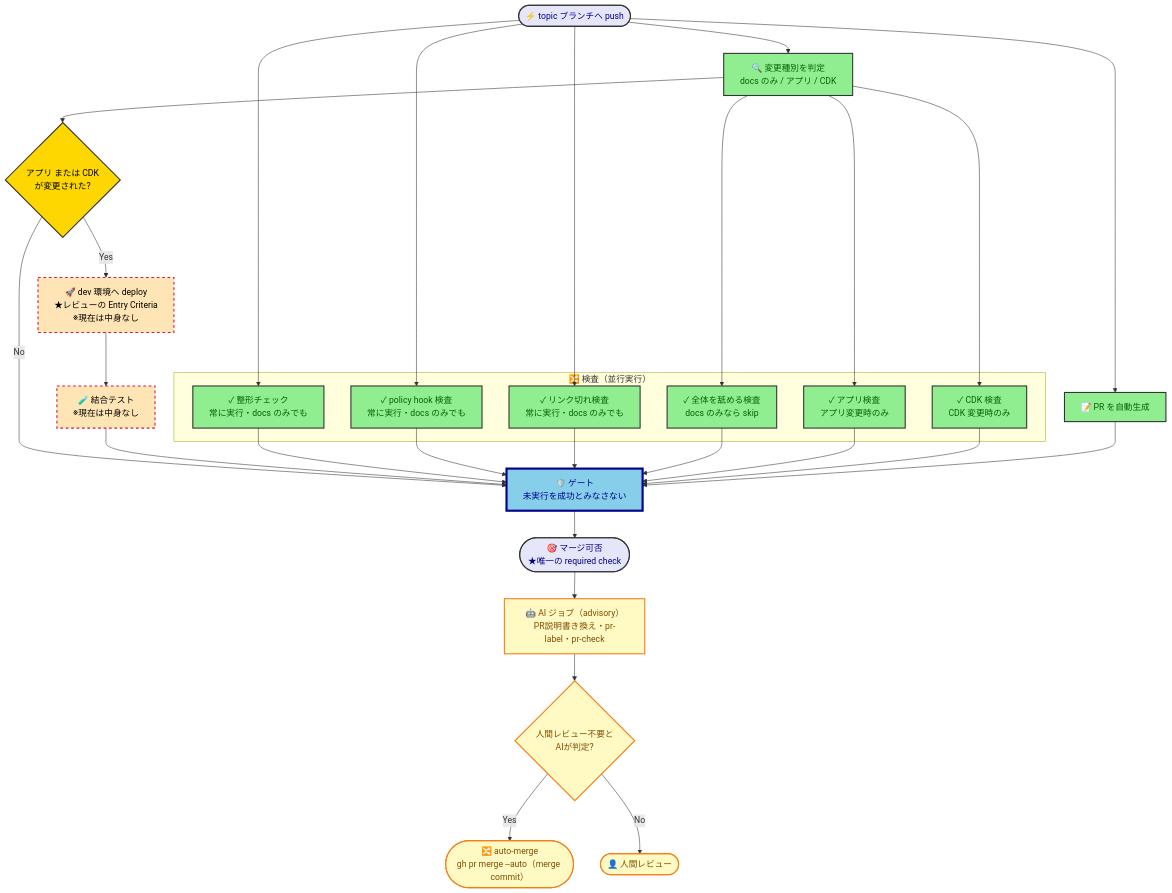
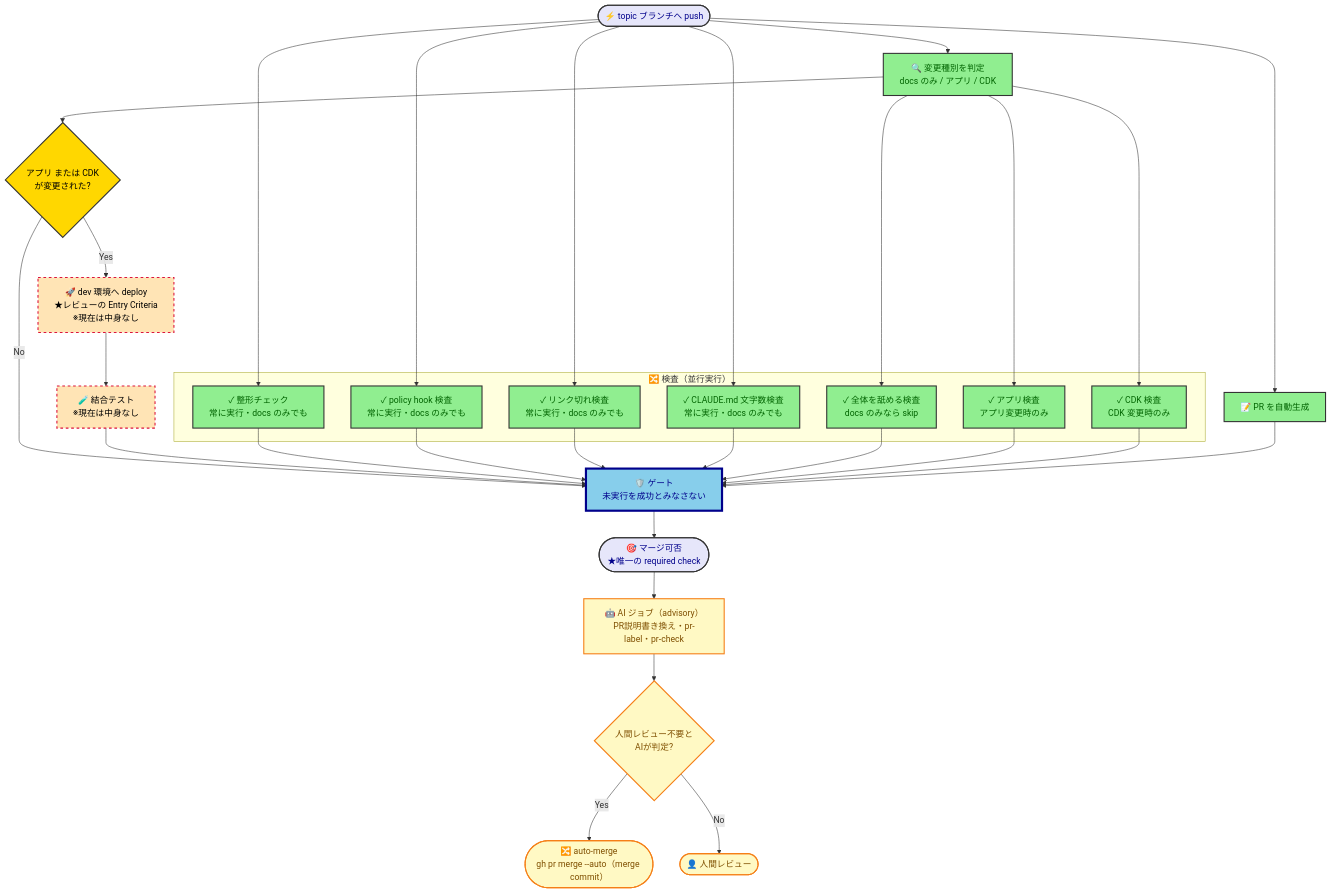
One commit to kasiopeiya/claude-dev-template changed the diagram in docs/design/cicd-design.md. Above: the diagram before and after it, drawn with Mermaid. The commit also changed other lines of this file and 6 other files, not shown here.

````diff
--- a/docs/design/cicd-design.md
+++ b/docs/design/cicd-design.md
@@ -22,60 +22,63 @@
 ```mermaid
 flowchart TD
     Push([⚡ topic ブランチへ push]) --> PR[📝 PR を自動生成]
     Push --> Detect[🔍 変更種別を判定<br/>docs のみ / アプリ / CDK]
     Push --> Format
     Push --> PolicyHook
     Push --> LinkCheck
+    Push --> ClaudeMdSize
 
     subgraph Checks["🔀 検査（並行実行）"]
         Format[✓ 整形チェック<br/>常に実行・docs のみでも]
         PolicyHook[✓ policy hook 検査<br/>常に実行・docs のみでも]
         LinkCheck[✓ リンク切れ検査<br/>常に実行・docs のみでも]
+        ClaudeMdSize[✓ CLAUDE.md 文字数検査<br/>常に実行・docs のみでも]
         Common[✓ 全体を舐める検査<br/>docs のみなら skip]
         App[✓ アプリ検査<br/>アプリ変更時のみ]
         Cdk[✓ CDK 検査<br/>CDK 変更時のみ]
     end
 
     Detect --> Common
     Detect --> App
     Detect --> Cdk
 
     Detect --> DeployCheck{アプリ または CDK<br/>が変更された?}
     Deploy["🚀 dev 環境へ deploy<br/>★レビューの Entry Criteria<br/>※現在は中身なし"]
     IT["🧪 結合テスト<br/>※現在は中身なし"]
     Gate["🛡️ ゲート<br/>未実行を成功とみなさない"]
 
     DeployCheck -->|No| Gate
     DeployCheck -->|Yes| Deploy
     Deploy --> IT
     IT --> Gate
 
     Format --> Gate
     PolicyHook --> Gate
     LinkCheck --> Gate
+    ClaudeMdSize --> Gate
     Common --> Gate
     App --> Gate
     Cdk --> Gate
     PR --> Gate
 
     Gate --> Merge([🎯 マージ可否<br/>★唯一の required check])
 
     Merge --> AiJob["🤖 AI ジョブ（advisory）<br/>PR説明書き換え・pr-label・pr-check"]
     AiJob --> AutoMergeCheck{人間レビュー不要と<br/>AIが判定?}
     AutoMergeCheck -->|Yes| AutoMerge(["🔀 auto-merge<br/>gh pr merge --auto（merge commit）"])
     AutoMergeCheck -->|No| HumanReview(["👤 人間レビュー"])
 
     classDef startEnd fill:#E6E6FA,stroke:#333,stroke-width:2px,color:darkblue
     classDef process fill:#90EE90,stroke:#333,stroke-width:2px,color:darkgreen
     classDef decision fill:#FFD700,stroke:#333,stroke-width:2px,color:black
     classDef gate fill:#87CEEB,stroke:#00008B,stroke-width:4px,color:darkblue
     classDef hollow fill:#FFE4B5,stroke:#DC143C,stroke-width:2px,stroke-dasharray: 5 5,color:black
     classDef advisory fill:#FFF9C4,stroke:#F57F17,stroke-width:2px,color:#7f4f00
 
     class Push,Merge startEnd
-    class PR,Detect,Format,PolicyHook,LinkCheck,Common,App,Cdk process
+    class PR,Detect,Format,PolicyHook,LinkCheck,ClaudeMdSize,Common,App,Cdk process
     class DeployCheck decision
     class Deploy,IT hollow
     class Gate gate
     class AiJob,AutoMergeCheck,AutoMerge,HumanReview advisory
 ```
````
